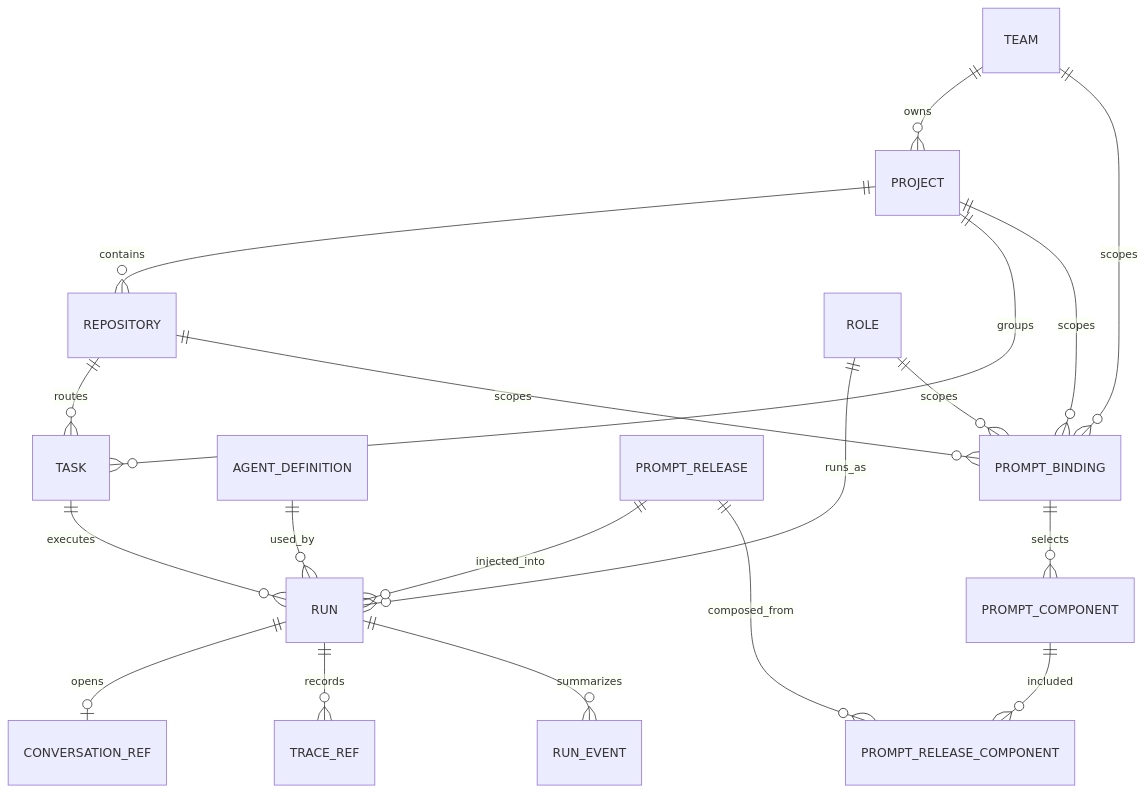
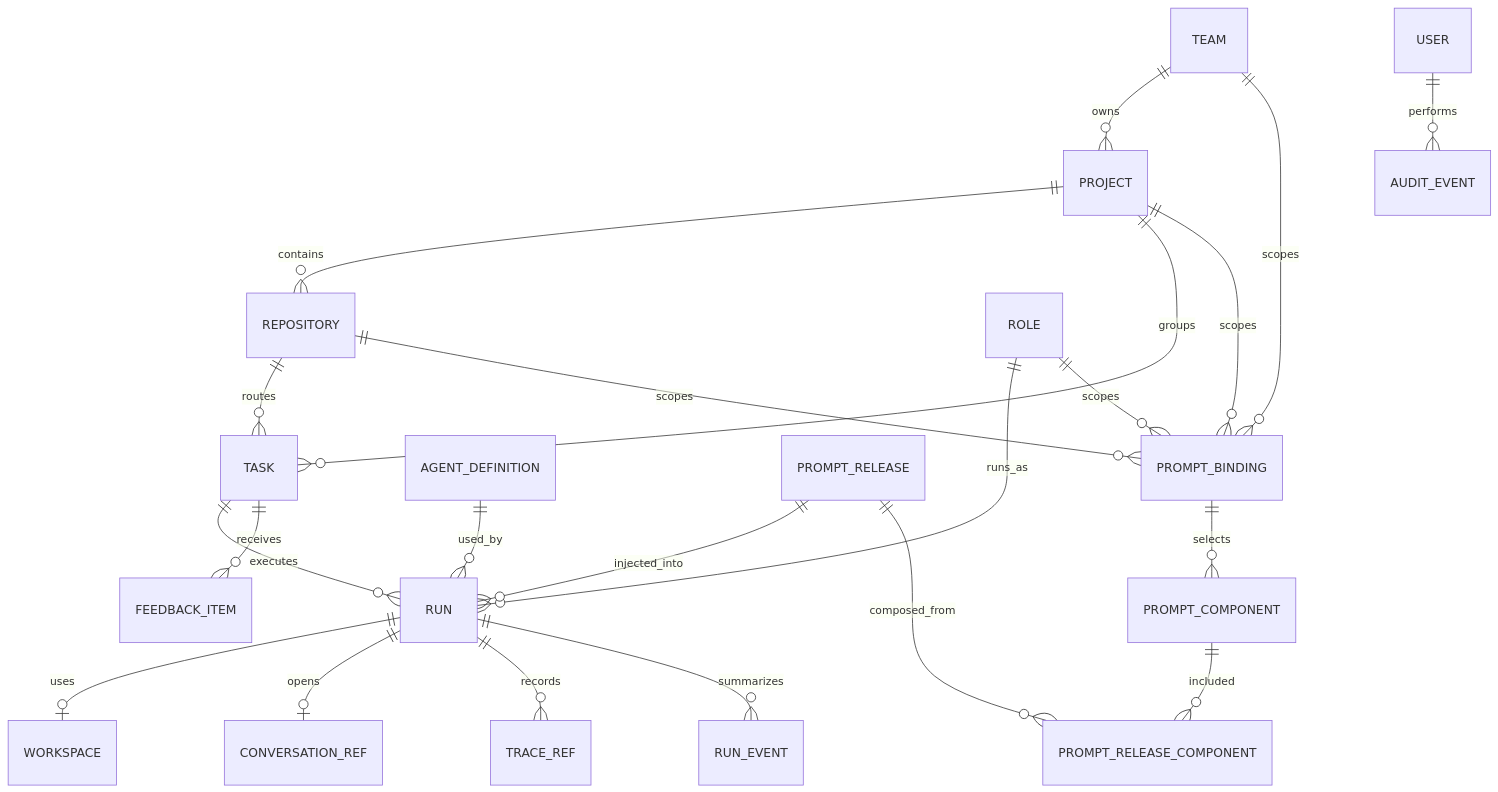
Before and after one commit to michaelx1993/agent-control-plane: the diagram in docs/agent-control-plane-erd.md, drawn with Mermaid. The commit also changed other lines of this file and 2 other files, not shown here.

Commit message:
Refine control plane architecture decisions

````diff
--- a/docs/agent-control-plane-erd.md
+++ b/docs/agent-control-plane-erd.md
@@ -17,21 +19,24 @@
 ```mermaid
 erDiagram
   TEAM ||--o{ PROJECT : owns
   PROJECT ||--o{ REPOSITORY : contains
   PROJECT ||--o{ TASK : groups
   REPOSITORY ||--o{ TASK : routes
   TASK ||--o{ RUN : executes
+  RUN ||--o| WORKSPACE : uses
   AGENT_DEFINITION ||--o{ RUN : used_by
   ROLE ||--o{ RUN : runs_as
   RUN ||--o| CONVERSATION_REF : opens
   RUN ||--o{ TRACE_REF : records
   RUN ||--o{ RUN_EVENT : summarizes
+  TASK ||--o{ FEEDBACK_ITEM : receives
   PROMPT_RELEASE ||--o{ RUN : injected_into
   PROMPT_COMPONENT ||--o{ PROMPT_RELEASE_COMPONENT : included
   PROMPT_RELEASE ||--o{ PROMPT_RELEASE_COMPONENT : composed_from
   PROMPT_BINDING ||--o{ PROMPT_COMPONENT : selects
   TEAM ||--o{ PROMPT_BINDING : scopes
   PROJECT ||--o{ PROMPT_BINDING : scopes
   REPOSITORY ||--o{ PROMPT_BINDING : scopes
   ROLE ||--o{ PROMPT_BINDING : scopes
+  USER ||--o{ AUDIT_EVENT : performs
 ```
````
